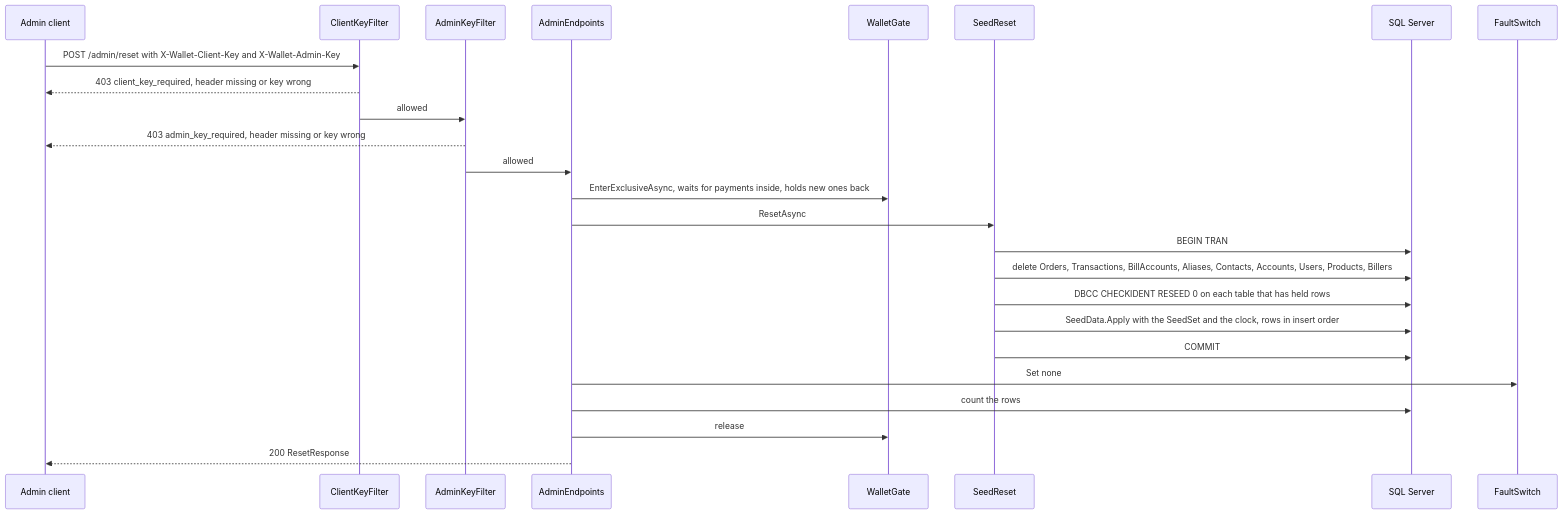
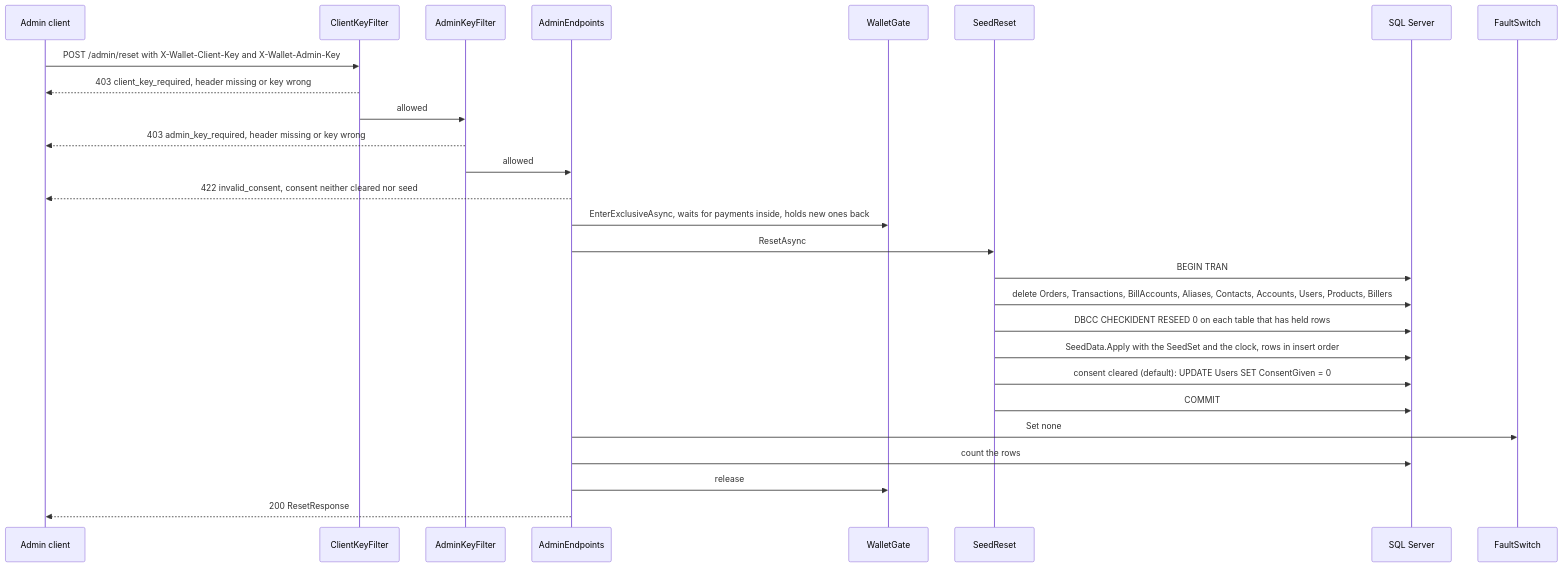
The seventh of 7 diagrams in docs/wallet-api.md (Khalil-Alhadidi/Naqoli), drawn with Mermaid before and after one commit. The commit also changed other lines of this file and 15 other files, not shown here.

````diff
--- a/docs/wallet-api.md
+++ b/docs/wallet-api.md
@@ -588,28 +592,30 @@
 ```mermaid
 sequenceDiagram
     participant C as Admin client
     participant CK as ClientKeyFilter
     participant K as AdminKeyFilter
     participant A as AdminEndpoints
     participant G as WalletGate
     participant R as SeedReset
     participant D as SQL Server
     participant F as FaultSwitch
 
     C->>CK: POST /admin/reset with X-Wallet-Client-Key and X-Wallet-Admin-Key
     CK-->>C: 403 client_key_required, header missing or key wrong
     CK->>K: allowed
     K-->>C: 403 admin_key_required, header missing or key wrong
     K->>A: allowed
+    A-->>C: 422 invalid_consent, consent neither cleared nor seed
     A->>G: EnterExclusiveAsync, waits for payments inside, holds new ones back
     A->>R: ResetAsync
     R->>D: BEGIN TRAN
     R->>D: delete Orders, Transactions, BillAccounts, Aliases, Contacts, Accounts, Users, Products, Billers
     R->>D: DBCC CHECKIDENT RESEED 0 on each table that has held rows
     R->>D: SeedData.Apply with the SeedSet and the clock, rows in insert order
+    R->>D: consent cleared (default): UPDATE Users SET ConsentGiven = 0
     R->>D: COMMIT
     A->>F: Set none
     A->>D: count the rows
     A->>G: release
     A-->>C: 200 ResetResponse
 ```
````
